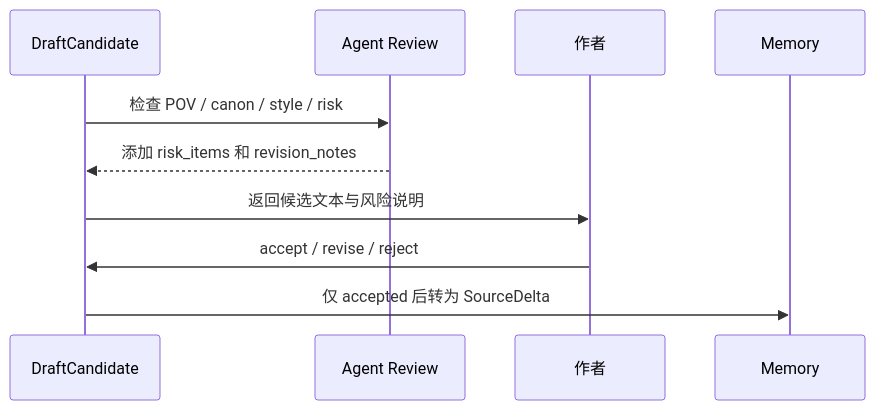
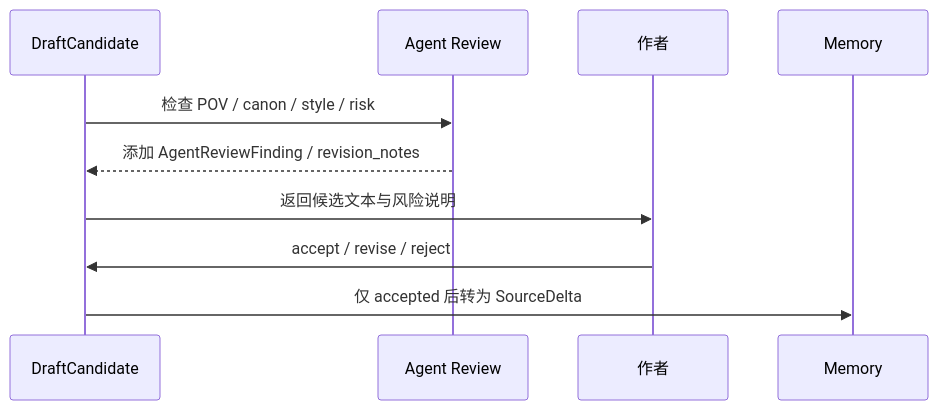
Before and after one commit to FrankQDWang/sextantlabs: the third of 4 diagrams in goals/24-draft-candidate-lifecycle.md, drawn with Mermaid. The commit also changed other lines of this file, not shown here.

Commit message:
Clarify draft risk and accepted text source mapping

````diff
--- a/goals/24-draft-candidate-lifecycle.md
+++ b/goals/24-draft-candidate-lifecycle.md
@@ -90,13 +124,13 @@
 ```mermaid
 sequenceDiagram
     participant Draft as DraftCandidate
     participant Review as Agent Review
     participant Author as 作者
     participant Memory as Memory
 
     Draft->>Review: 检查 POV / canon / style / risk
-    Review-->>Draft: 添加 risk_items 和 revision_notes
+    Review-->>Draft: 添加 AgentReviewFinding / revision_notes
     Draft->>Author: 返回候选文本与风险说明
     Author->>Draft: accept / revise / reject
     Draft->>Memory: 仅 accepted 后转为 SourceDelta
 ```
````
